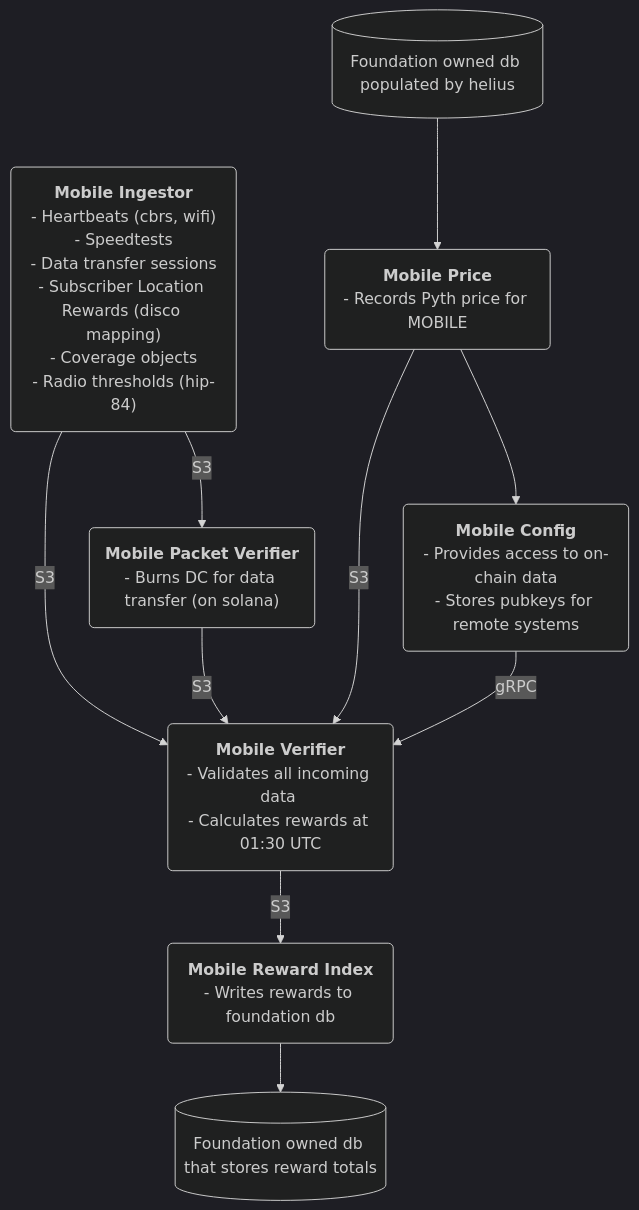
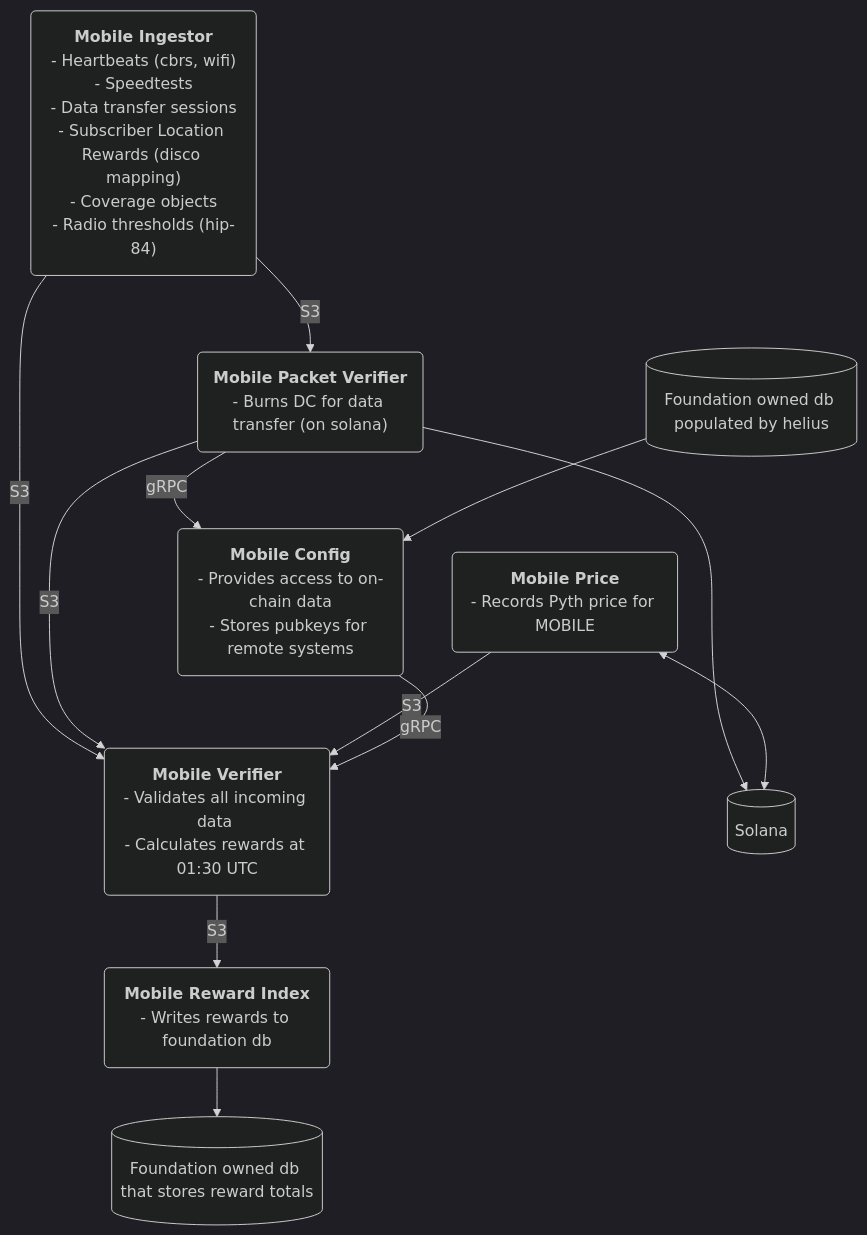
One commit to helium/oracles changed the first of 2 diagrams in README.md. Above: the diagram before and after it, drawn with Mermaid (dark theme).

````diff
--- a/README.md
+++ b/README.md
@@ -5,39 +5,42 @@
 ```mermaid
 flowchart TD
     MI("`**Mobile Ingestor**
         - Heartbeats (cbrs, wifi)
         - Speedtests
         - Data transfer sessions
         - Subscriber Location Rewards (disco mapping)
         - Coverage objects
         - Radio thresholds (hip-84)
     `")
     MV("`**Mobile Verifier**
         - Validates all incoming data 
         - Calculates rewards at 01:30 UTC
     `")
     MPV("`**Mobile Packet Verifier**
         - Burns DC for data transfer (on solana)
     `")
-    MB("`**Mobile Price**
+    MP("`**Mobile Price**
         - Records Pyth price for MOBILE
     `")
     DB1[(Foundation owned db populated by helius)]
     MC("`**Mobile Config**
         - Provides access to on-chain data
         - Stores pubkeys for remote systems
     `")
     MRI("`**Mobile Reward Index**
         - Writes rewards to foundation db
     `")
     DB2[(Foundation owned db that stores reward totals)]
+    S[(Solana)]
     MI -- S3 --> MV
     MI -- S3 --> MPV
     MPV -- S3 --> MV
-    MB -- S3 --> MV
-    DB1 --> MB
-    MB --> MC
+    MPV -- gRPC --> MC
+    MPV --> S
+    MP <--> S
+    MP -- S3 --> MV
+    DB1 --> MC
     MC -- gRPC --> MV
     MV -- S3 --> MRI
     MRI --> DB2
 ```
````
